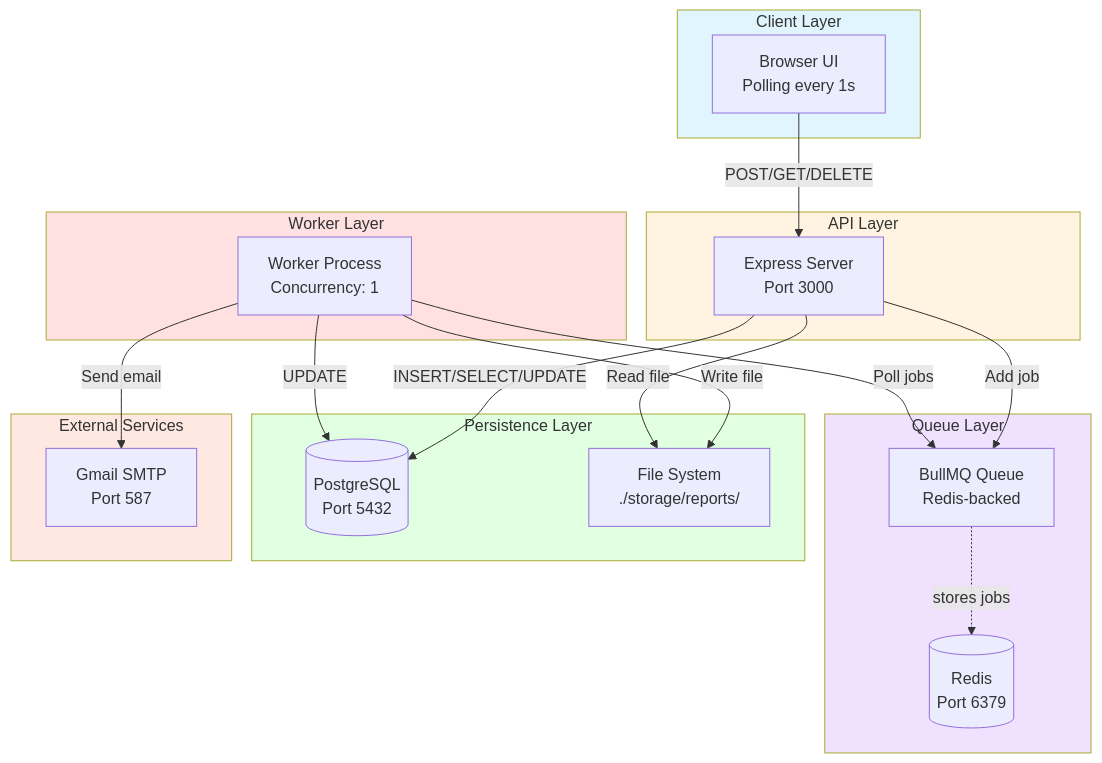
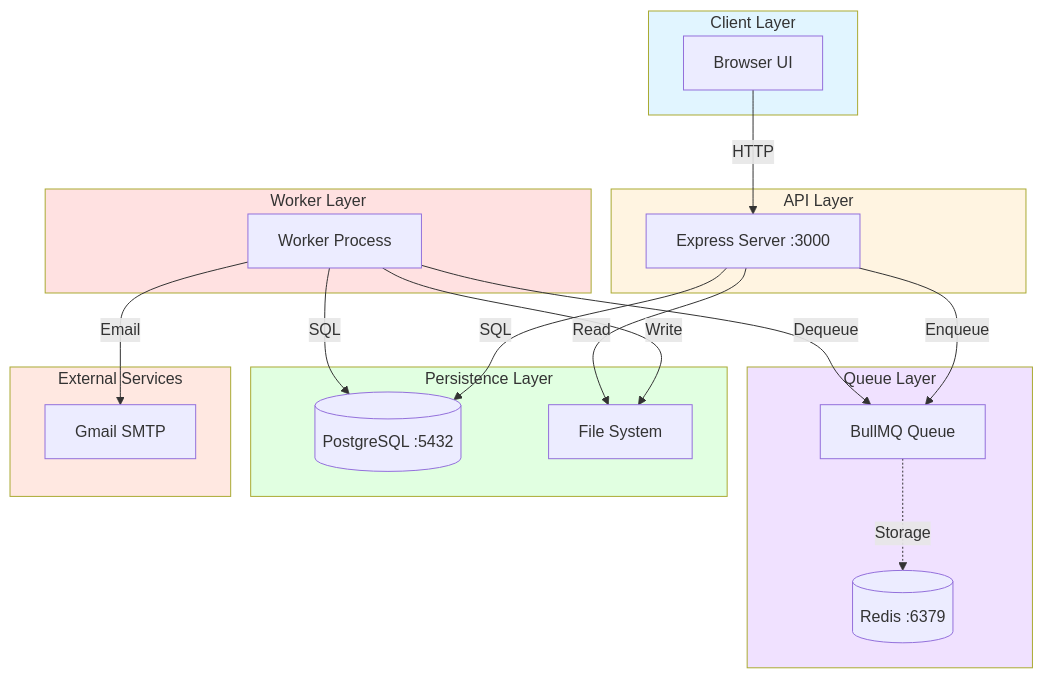
One commit to berTrindade/bullmq-report-generator changed the second of 4 diagrams in README.md. Above: the diagram before and after it, drawn with Mermaid. The commit also changed other lines of this file, not shown here.

First line of the commit message:
fix: improve Mermaid diagram rendering on GitHub

````diff
--- a/README.md
+++ b/README.md
@@ -118,45 +108,45 @@
 ```mermaid
 graph TB
     subgraph Client["Client Layer"]
-        UI[Browser UI<br/>Polling every 1s]
+        UI[Browser UI]
     end
     
     subgraph API["API Layer"]
-        Express[Express Server<br/>Port 3000]
+        Express[Express Server :3000]
     end
     
     subgraph Queue["Queue Layer"]
-        BullMQ[BullMQ Queue<br/>Redis-backed]
-        Redis[(Redis<br/>Port 6379)]
+        BullMQ[BullMQ Queue]
+        Redis[(Redis :6379)]
     end
     
     subgraph Worker["Worker Layer"]
-        WorkerProc[Worker Process<br/>Concurrency: 1]
+        WorkerProc[Worker Process]
     end
     
     subgraph Data["Persistence Layer"]
-        DB[(PostgreSQL<br/>Port 5432)]
-        FS[File System<br/>./storage/reports/]
+        DB[(PostgreSQL :5432)]
+        FS[File System]
     end
     
     subgraph External["External Services"]
-        SMTP[Gmail SMTP<br/>Port 587]
+        SMTP[Gmail SMTP]
     end
     
-    UI -->|POST/GET/DELETE| Express
-    Express -->|INSERT/SELECT/UPDATE| DB
-    Express -->|Add job| BullMQ
-    BullMQ -.->|stores jobs| Redis
-    WorkerProc -->|Poll jobs| BullMQ
-    WorkerProc -->|UPDATE| DB
-    WorkerProc -->|Write file| FS
-    WorkerProc -->|Send email| SMTP
-    Express -->|Read file| FS
+    UI -->|HTTP| Express
+    Express -->|SQL| DB
+    Express -->|Enqueue| BullMQ
+    BullMQ -.->|Storage| Redis
+    WorkerProc -->|Dequeue| BullMQ
+    WorkerProc -->|SQL| DB
+    WorkerProc -->|Write| FS
+    WorkerProc -->|Email| SMTP
+    Express -->|Read| FS
     
     style Client fill:#e1f5ff
     style API fill:#fff4e1
     style Queue fill:#f0e1ff
     style Worker fill:#ffe1e1
     style Data fill:#e1ffe1
     style External fill:#ffe8e1
 ```
````
